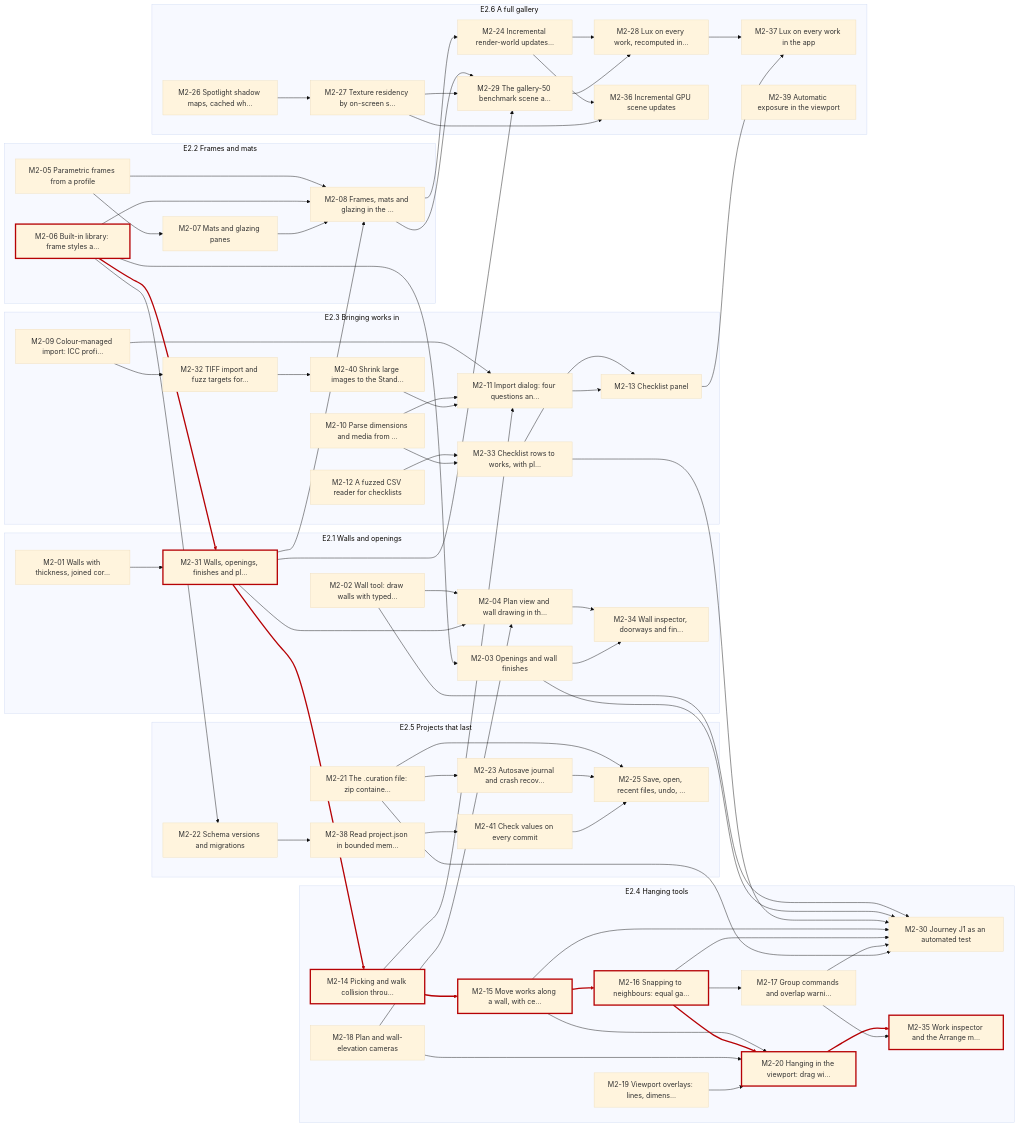
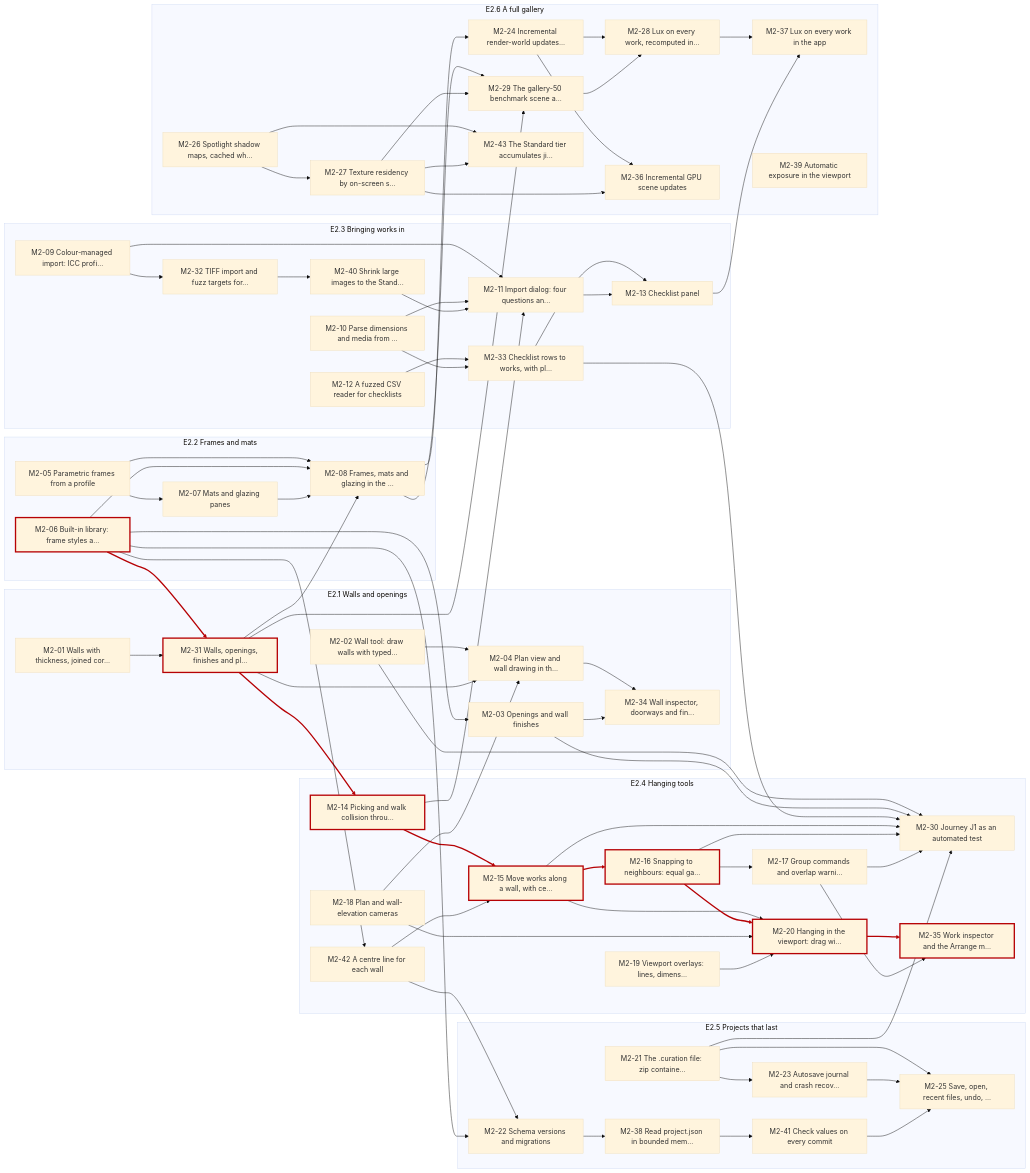
The third of 3 diagrams in docs/roadmap.md (groundbeeflover/curation_sandbox), drawn with Mermaid (base theme) before and after one commit. The commit also changed other lines of this file and 2 other files, not shown here.

````diff
--- a/docs/roadmap.md
+++ b/docs/roadmap.md
@@ -495,6 +505,7 @@
     M2_20["M2-20 Hanging in the viewport: drag wi..."]
     M2_30["M2-30 Journey J1 as an automated test"]
     M2_35["M2-35 Work inspector and the Arrange m..."]
+    M2_42["M2-42 A centre line for each wall"]
   end
   subgraph E2_5["E2.5 Projects that last"]
     M2_21["M2-21 The .curation file: zip containe..."]
@@ -513,6 +524,7 @@
     M2_36["M2-36 Incremental GPU scene updates"]
     M2_37["M2-37 Lux on every work in the app"]
     M2_39["M2-39 Automatic exposure in the viewport"]
+    M2_43["M2-43 The Standard tier accumulates ji..."]
   end
   M2_06 --> M2_03
   M2_02 --> M2_04
@@ -531,6 +543,7 @@
   M2_11 --> M2_13
   M2_31 --> M2_14
   M2_14 --> M2_15
+  M2_42 --> M2_15
   M2_15 --> M2_16
   M2_16 --> M2_17
   M2_15 --> M2_20
@@ -538,6 +551,7 @@
   M2_18 --> M2_20
   M2_19 --> M2_20
   M2_06 --> M2_22
+  M2_42 --> M2_22
   M2_21 --> M2_23
   M2_08 --> M2_24
   M2_21 --> M2_25
@@ -572,7 +586,10 @@
   M2_22 --> M2_38
   M2_32 --> M2_40
   M2_38 --> M2_41
+  M2_06 --> M2_42
+  M2_26 --> M2_43
+  M2_27 --> M2_43
   classDef crit stroke:#b60205,stroke-width:3px
   class M2_06,M2_31,M2_14,M2_15,M2_16,M2_20,M2_35 crit
-  linkStyle 15,16,17,20,43,49 stroke:#b60205,stroke-width:3px
+  linkStyle 15,16,18,21,45,51 stroke:#b60205,stroke-width:3px
 ```
````
